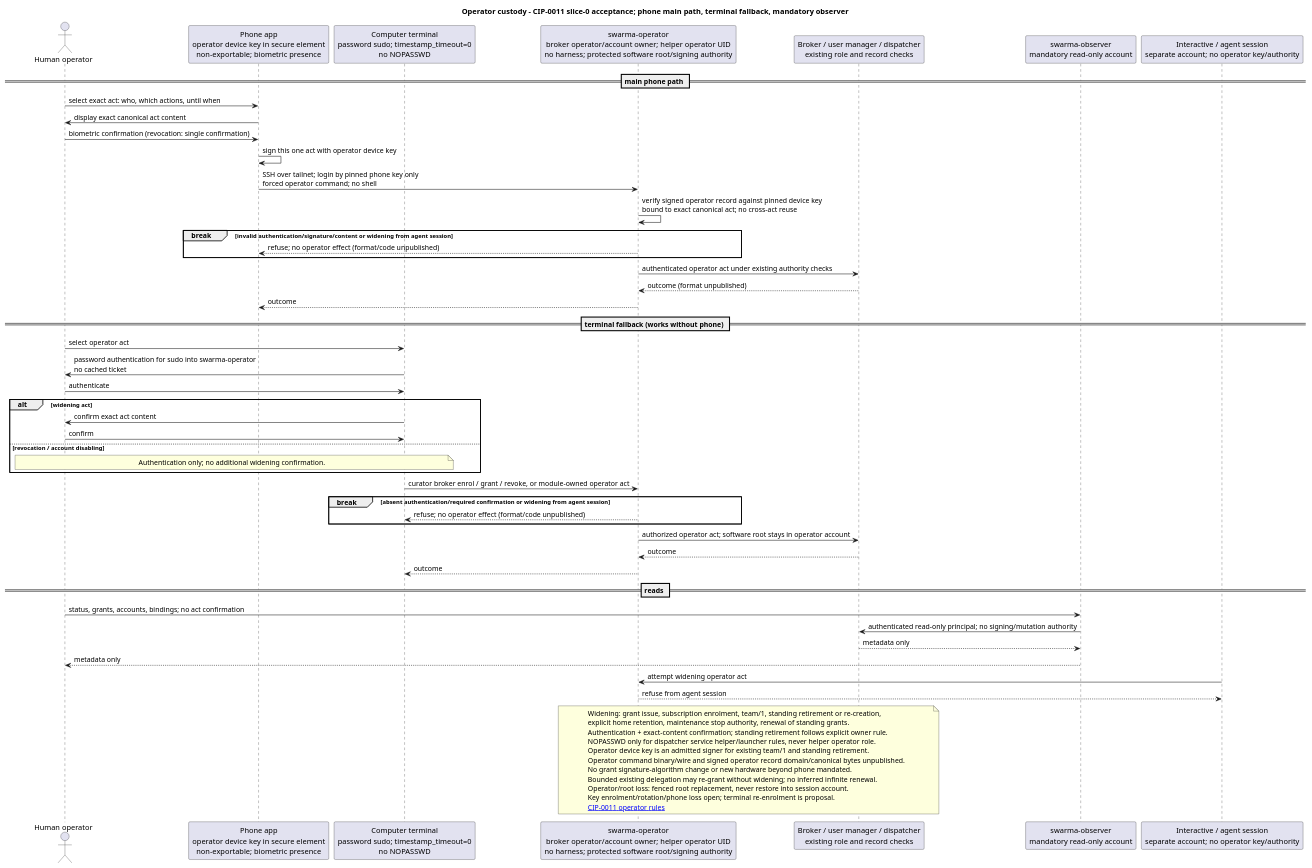
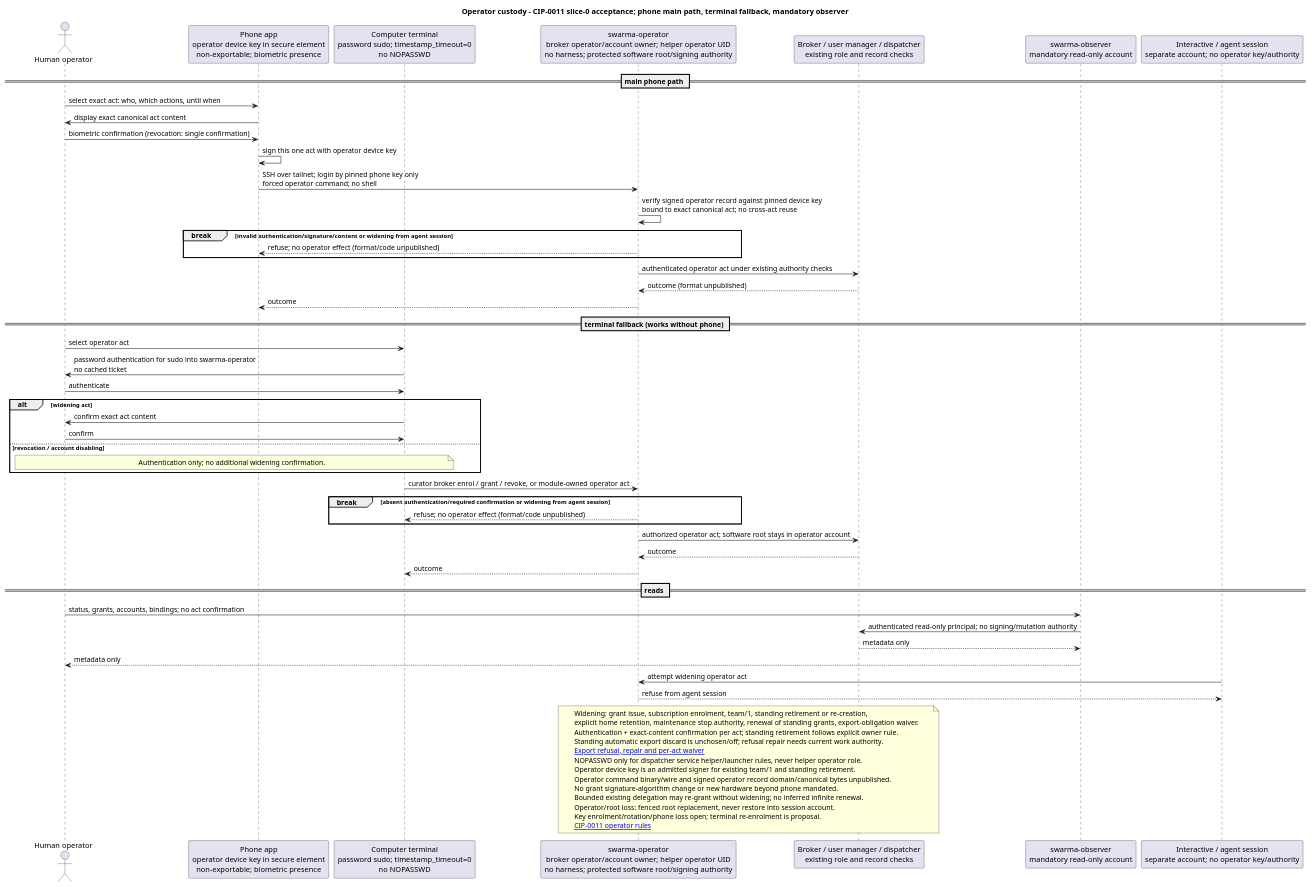
The diagram in cips/diagrams/operator-custody.puml (relux-works/curator-spec), drawn with PlantUML before and after one commit. The commit also changed 20 other files, not shown here.

First line of the commit message:
Wave 6 for the CIPs and decisions: accepted architecture-review findings (naming register and wire drift, Muse C7 status, exec input closure, workspace transfer: base binding, refusal disposition, cleanup authority, entry modes) (TASK-261013-g96cen)

```diff
--- a/cips/diagrams/operator-custody.puml
+++ b/cips/diagrams/operator-custody.puml
@@ -1,65 +1,68 @@
 @startuml operator-custody
+' Revision 2026-10-13: accepted architecture-review findings; per-act export waiver, no automatic discard.
 ' Revision 2026-10-12: accepted F-23 owner amendment and R-OPERATOR; Draft, formats unpublished, no renderer/qualification evidence.
 title Operator custody - CIP-0011 slice-0 acceptance; phone main path, terminal fallback, mandatory observer
 actor "Human operator" as Human
 participant "Phone app\noperator device key in secure element\nnon-exportable; biometric presence" as Phone
 participant "Computer terminal\npassword sudo; timestamp_timeout=0\nno NOPASSWD" as Terminal
 participant "swarma-operator\nbroker operator/account owner; helper operator UID\nno harness; protected software root/signing authority" as Operator
 participant "Broker / user manager / dispatcher\nexisting role and record checks" as Services
 participant "swarma-observer\nmandatory read-only account" as Observer
 participant "Interactive / agent session\nseparate account; no operator key/authority" as Agent
 
 == main phone path ==
 Human -> Phone: select exact act: who, which actions, until when
 Phone -> Human: display exact canonical act content
 Human -> Phone: biometric confirmation (revocation: single confirmation)
 Phone -> Phone: sign this one act with operator device key
 Phone -> Operator: SSH over tailnet; login by pinned phone key only\nforced operator command; no shell
 Operator -> Operator: verify signed operator record against pinned device key\nbound to exact canonical act; no cross-act reuse
 break invalid authentication/signature/content or widening from agent session
   Operator --> Phone: refuse; no operator effect (format/code unpublished)
 end
 Operator -> Services: authenticated operator act under existing authority checks
 Services --> Operator: outcome (format unpublished)
 Operator --> Phone: outcome
 
 == terminal fallback (works without phone) ==
 Human -> Terminal: select operator act
 Terminal -> Human: password authentication for sudo into swarma-operator\nno cached ticket
 Human -> Terminal: authenticate
 alt widening act
   Terminal -> Human: confirm exact act content
   Human -> Terminal: confirm
 else revocation / account disabling
   note over Human, Terminal: Authentication only; no additional widening confirmation.
 end
 Terminal -> Operator: curator broker enrol / grant / revoke, or module-owned operator act
 break absent authentication/required confirmation or widening from agent session
   Operator --> Terminal: refuse; no operator effect (format/code unpublished)
 end
 Operator -> Services: authorized operator act; software root stays in operator account
 Services --> Operator: outcome
 Operator --> Terminal: outcome
 
 == reads ==
 Human -> Observer: status, grants, accounts, bindings; no act confirmation
 Observer -> Services: authenticated read-only principal; no signing/mutation authority
 Services --> Observer: metadata only
 Observer --> Human: metadata only
 Agent -> Operator: attempt widening operator act
 Operator --> Agent: refuse from agent session
 
 note over Operator, Services
   Widening: grant issue, subscription enrolment, team/1, standing retirement or re-creation,
-  explicit home retention, maintenance stop authority, renewal of standing grants.
-  Authentication + exact-content confirmation; standing retirement follows explicit owner rule.
+  explicit home retention, maintenance stop authority, renewal of standing grants, export-obligation waiver.
+  Authentication + exact-content confirmation per act; standing retirement follows explicit owner rule.
+  Standing automatic export discard is unchosen/off; refusal repair needs current work authority.
+  [[remote-worker-transfer.puml Export refusal, repair and per-act waiver]]
   NOPASSWD only for dispatcher service helper/launcher rules, never helper operator role.
   Operator device key is an admitted signer for existing team/1 and standing retirement.
   Operator command binary/wire and signed operator record domain/canonical bytes unpublished.
   No grant signature-algorithm change or new hardware beyond phone mandated.
   Bounded existing delegation may re-grant without widening; no inferred infinite renewal.
   Operator/root loss: fenced root replacement, never restore into session account.
   Key enrolment/rotation/phone loss open; terminal re-enrolment is proposal.
   [[../CIP-0011-credential-broker-and-agent-users.md#5-curator-broker CIP-0011 operator rules]]
 end note
 @enduml
```
